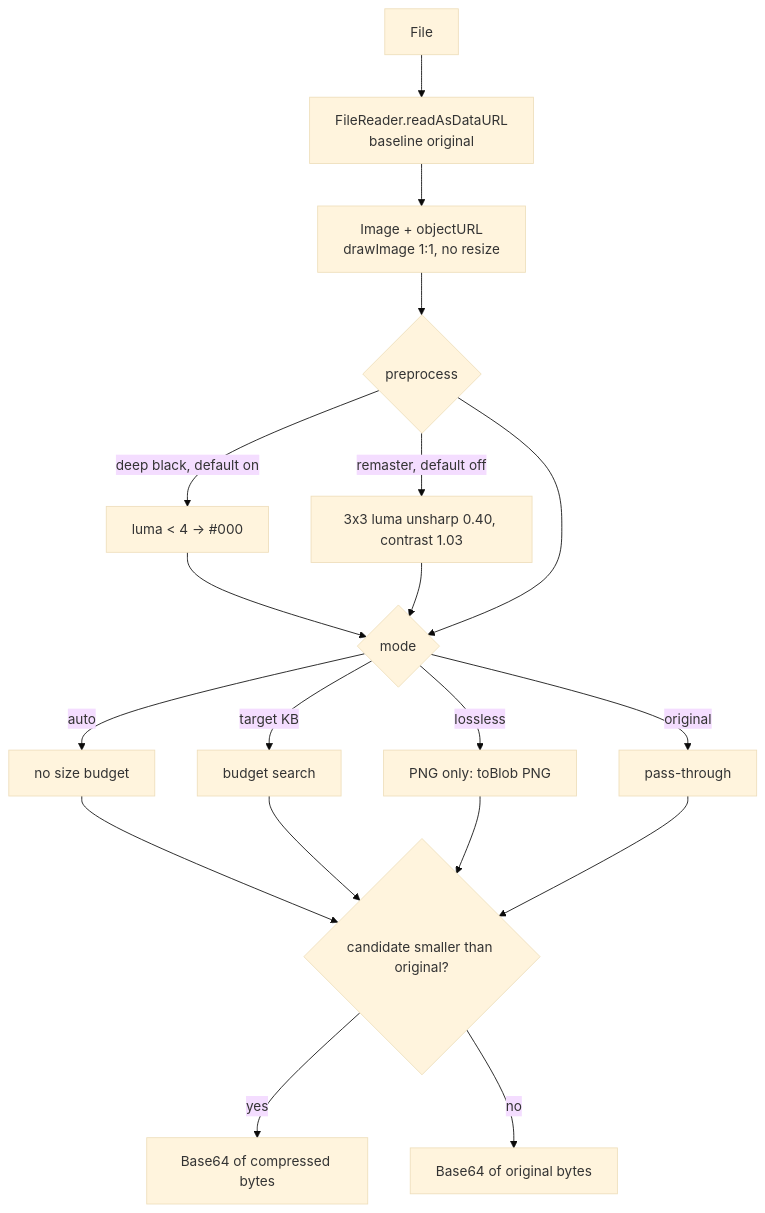
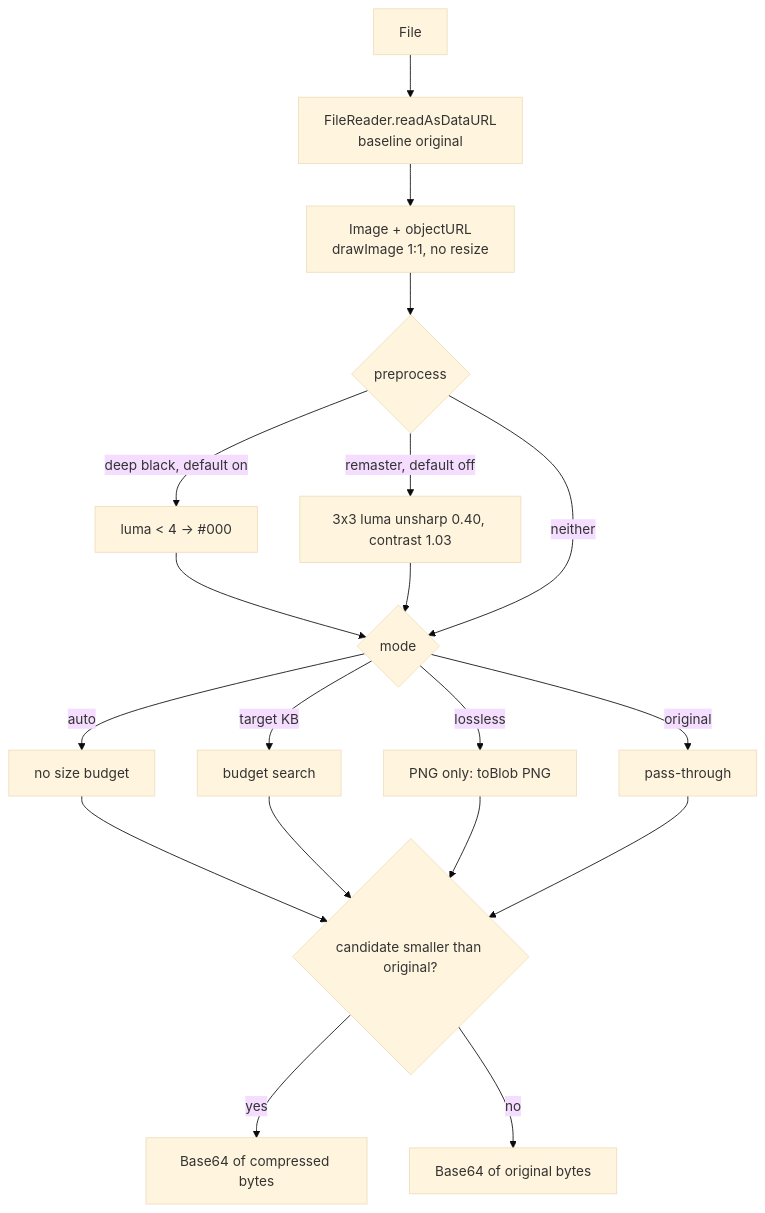
One commit to lolikgiovi/adtools-revamp changed the diagram in docs/image-to-base64-compression-report.md. Above: the diagram before and after it, drawn with Mermaid (base theme). The commit also changed other lines of this file and 27 other files, not shown here.

````diff
--- a/docs/image-to-base64-compression-report.md
+++ b/docs/image-to-base64-compression-report.md
@@ -36,21 +41,21 @@
 ```mermaid
 flowchart TD
   F[File] --> R[FileReader.readAsDataURL<br/>baseline original]
   R --> D[Image + objectURL<br/>drawImage 1:1, no resize]
   D --> P{preprocess}
   P -->|deep black, default on| PB[luma < 4 -> #000]
   P -->|remaster, default off| PR[3x3 luma unsharp 0.40, contrast 1.03]
   PB --> M{mode}
   PR --> M
-  P --> M
+  P -->|neither| M
   M -->|auto| A[no size budget]
   M -->|target KB| T[budget search]
   M -->|lossless| L[PNG only: toBlob PNG]
   M -->|original| O[pass-through]
   A --> G{candidate smaller than original?}
   T --> G
   L --> G
   O --> G
   G -->|yes| OUT[Base64 of compressed bytes]
   G -->|no| ORIG[Base64 of original bytes]
 ```
````
